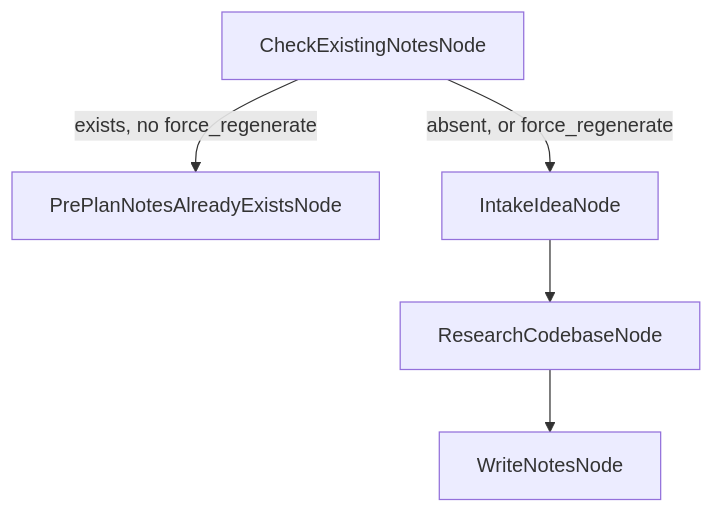
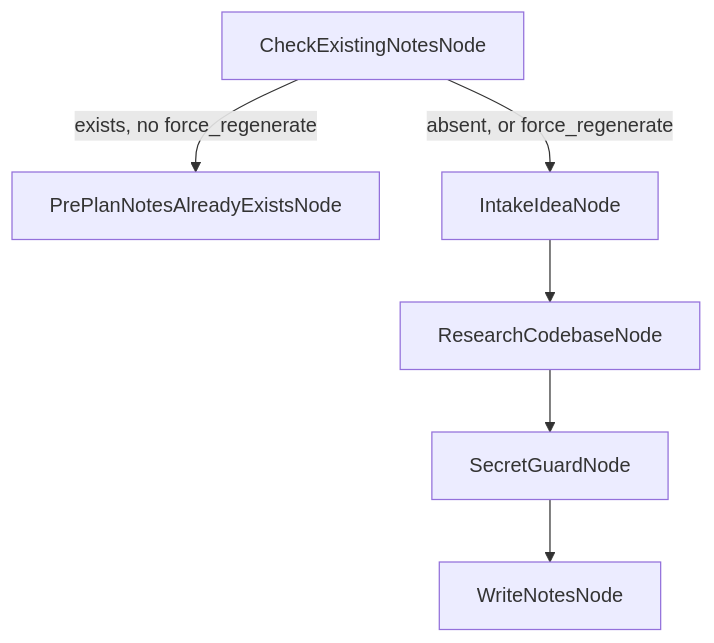
Before and after one commit to bredmond1019/engine-rs: the diagram in docs/workflows/pre-plan.md, drawn with Mermaid. The commit also changed other lines of this file and 2 other files, not shown here.

````diff
--- a/docs/workflows/pre-plan.md
+++ b/docs/workflows/pre-plan.md
@@ -58,7 +58,8 @@
 ```mermaid
 flowchart TD
     A[CheckExistingNotesNode] -->|exists, no force_regenerate| B[PrePlanNotesAlreadyExistsNode]
     A -->|absent, or force_regenerate| C[IntakeIdeaNode]
     C --> D[ResearchCodebaseNode]
-    D --> E[WriteNotesNode]
+    D --> F[SecretGuardNode]
+    F --> E[WriteNotesNode]
 ```
````
